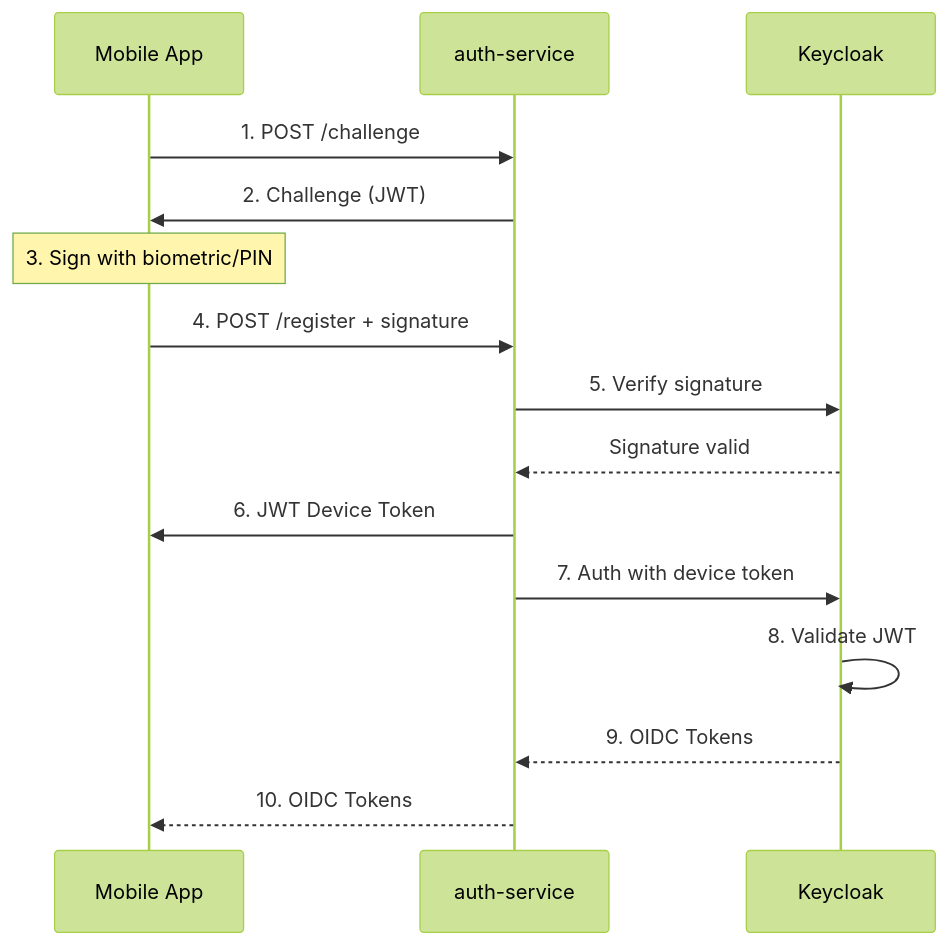
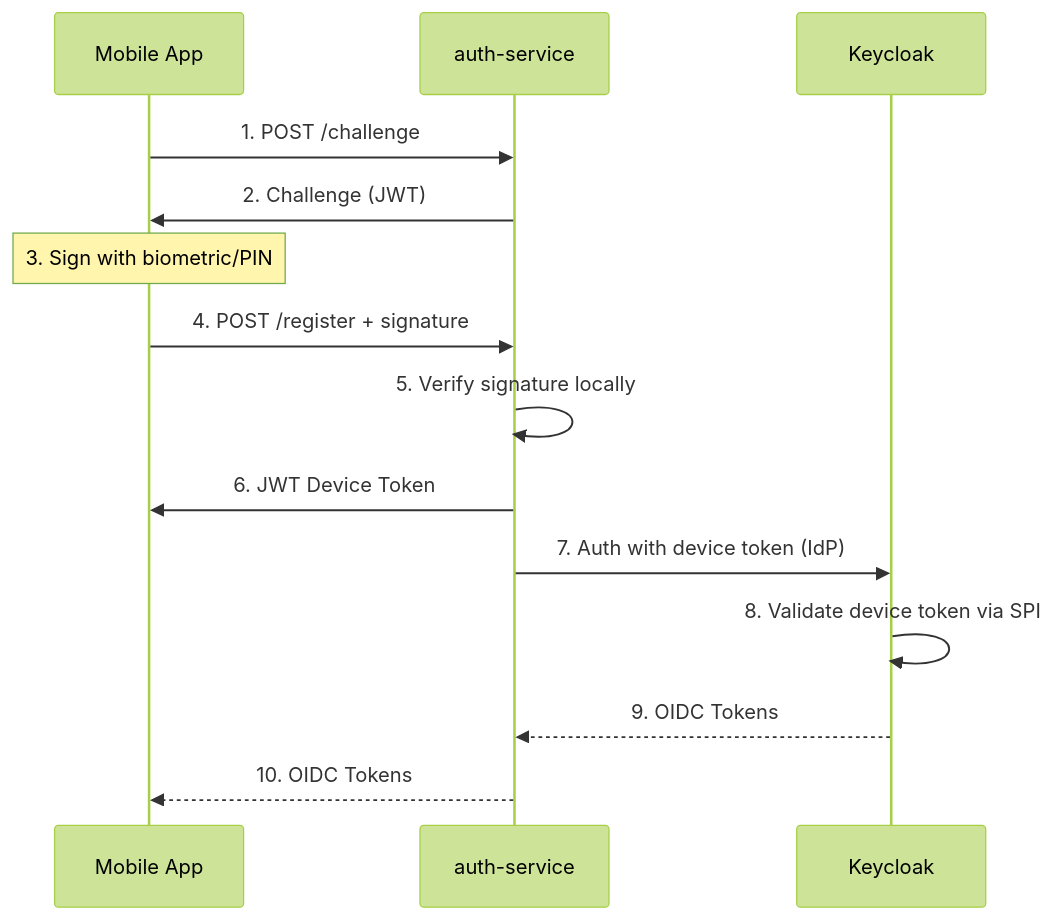
Before and after one commit to rpreissel/auth-sandbox: the second of 4 diagrams in README.md, drawn with Mermaid (forest theme).

Commit message:
Fix Flow 1: signature verification happens in auth-service, not Keycloak

````diff
--- a/README.md
+++ b/README.md
@@ -58,23 +58,21 @@
 ```mermaid
 sequenceDiagram
     participant M as Mobile App
     participant A as auth-service
     participant K as Keycloak
     
     M->>A: 1. POST /challenge
     A->>M: 2. Challenge (JWT)
     
     Note over M: 3. Sign with biometric/PIN
     
     M->>A: 4. POST /register + signature
-    A->>K: 5. Verify signature
-    K-->>A: Signature valid
-    
+    A->>A: 5. Verify signature locally
     A->>M: 6. JWT Device Token
     
-    A->>K: 7. Auth with device token
-    K->>K: 8. Validate JWT
+    A->>K: 7. Auth with device token (IdP)
+    K->>K: 8. Validate device token via SPI
     K-->>A: 9. OIDC Tokens
     
     A-->>M: 10. OIDC Tokens
 ```
````
